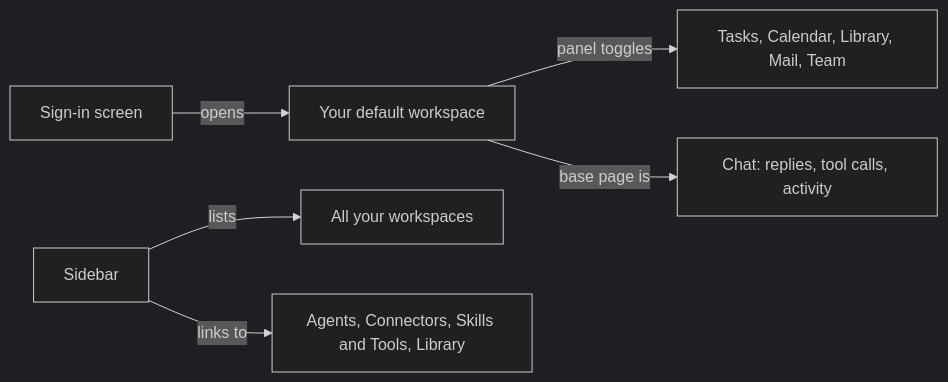
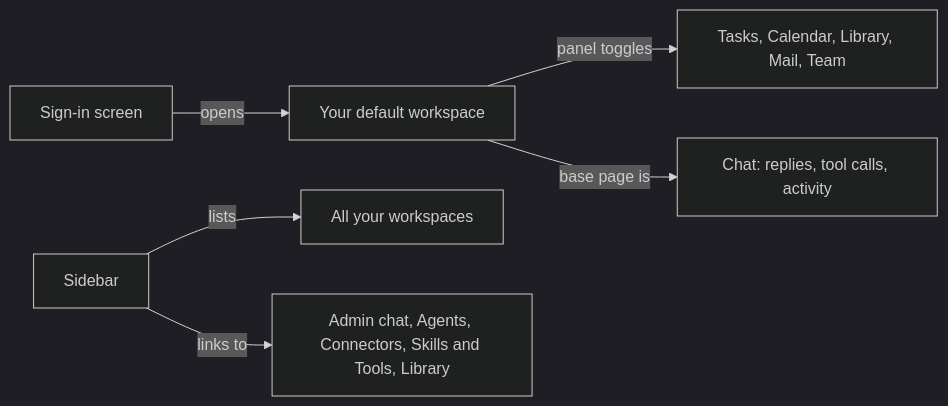
The diagram in docs/using-omnipus-ui.md (elicify-ai/omnipus), drawn with Mermaid (dark theme) before and after one commit. The commit also changed other lines of this file and 9 other files, not shown here.

````diff
--- a/docs/using-omnipus-ui.md
+++ b/docs/using-omnipus-ui.md
@@ -11,8 +11,8 @@
 ```mermaid
 flowchart LR
   SignIn[Sign-in screen] -->|opens| Workspace[Your default workspace]
   Bar[Sidebar] -->|lists| Workspaces[All your workspaces]
-  Bar -->|links to| Screens[Agents, Connectors, Skills and Tools, Library]
+  Bar -->|links to| Screens[Admin chat, Agents, Connectors, Skills and Tools, Library]
   Workspace -->|panel toggles| Panels[Tasks, Calendar, Library, Mail, Team]
   Workspace -->|base page is| Chat[Chat: replies, tool calls, activity]
 ```
````
